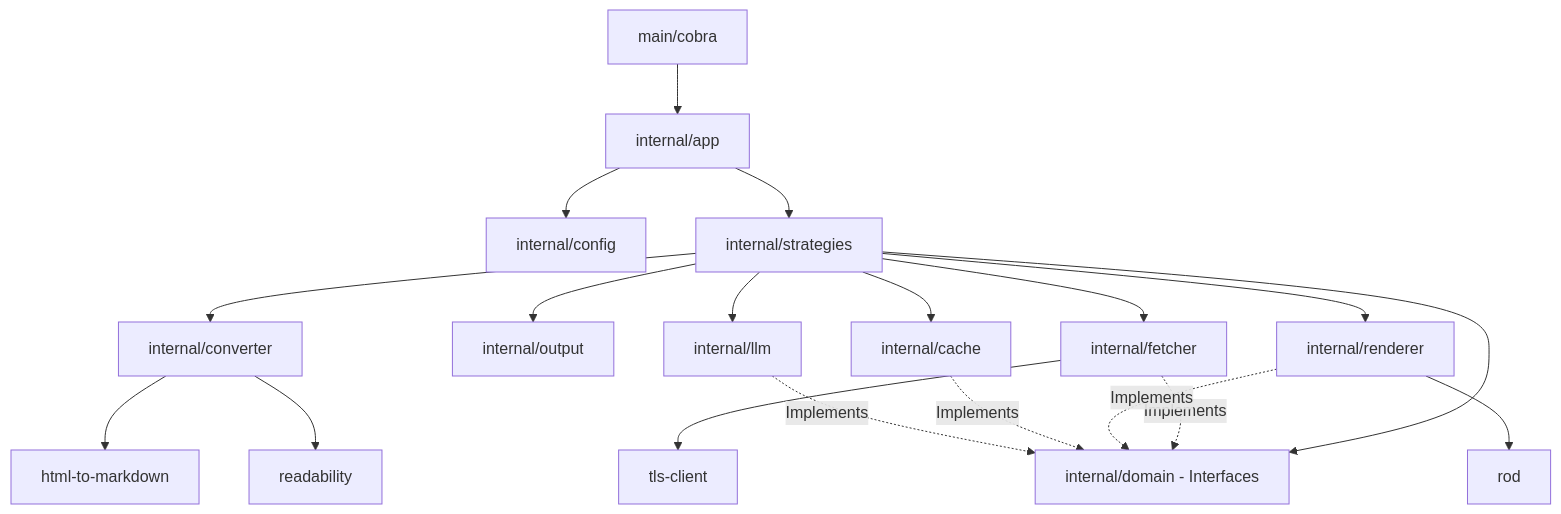
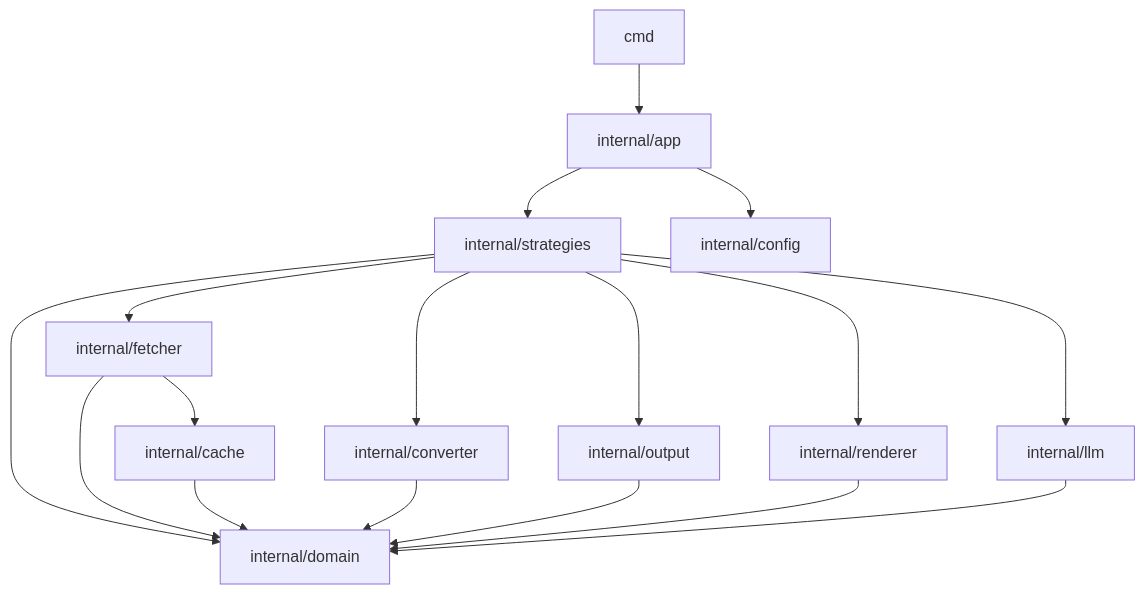
The diagram in .ai/docs/dependency_analysis.md (quantmind-br/repodocs-go), drawn with Mermaid before and after one commit. The commit also changed other lines of this file and 61 other files, not shown here.

````diff
--- a/.ai/docs/dependency_analysis.md
+++ b/.ai/docs/dependency_analysis.md
@@ -40,26 +44,23 @@
 ```mermaid
 graph TD
-    CLI[main/cobra] --> Orchestrator[internal/app]
-    Orchestrator --> Config[internal/config]
-    Orchestrator --> Strategies[internal/strategies]
+    CMD[cmd] --> ORCH[internal/app]
+    ORCH --> STRAT[internal/strategies]
+    ORCH --> CONF[internal/config]
     
-    Strategies --> Domain[internal/domain - Interfaces]
-    Strategies --> Converter[internal/converter]
-    Strategies --> Output[internal/output]
+    STRAT --> DOM[internal/domain]
+    STRAT --> FETCH[internal/fetcher]
+    STRAT --> CONV[internal/converter]
+    STRAT --> OUT[internal/output]
+    STRAT --> REND[internal/renderer]
     
-    Fetcher[internal/fetcher] -.->|Implements| Domain
-    Renderer[internal/renderer] -.->|Implements| Domain
-    Cache[internal/cache] -.->|Implements| Domain
-    LLM[internal/llm] -.->|Implements| Domain
+    FETCH --> DOM
+    FETCH --> CACHE[internal/cache]
     
-    Strategies --> Fetcher
-    Strategies --> Renderer
-    Strategies --> Cache
-    Strategies --> LLM
+    CONV --> DOM
+    OUT --> DOM
+    REND --> DOM
+    CACHE --> DOM
     
-    Converter --> html-to-markdown
-    Converter --> readability
-    
-    Fetcher --> tls-client
-    Renderer --> rod
+    LLM[internal/llm] --> DOM
+    STRAT --> LLM
 ```
````
